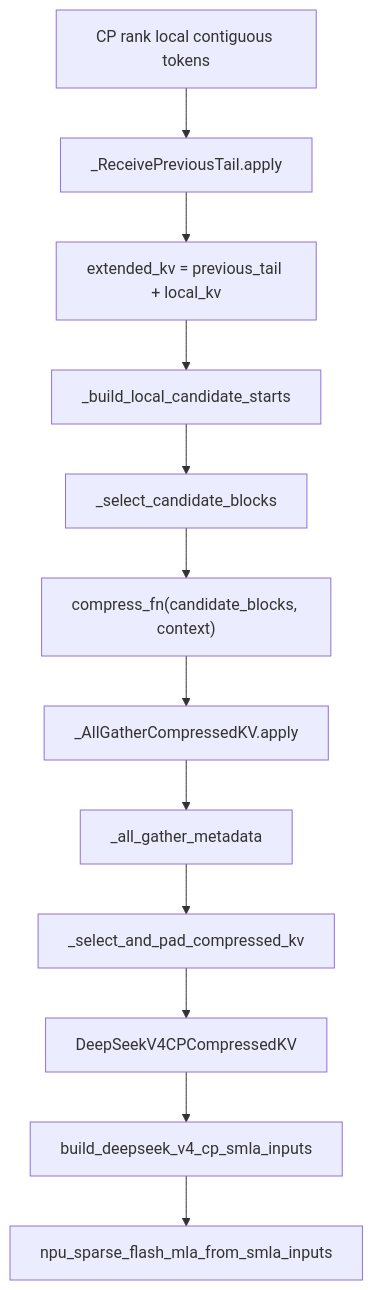
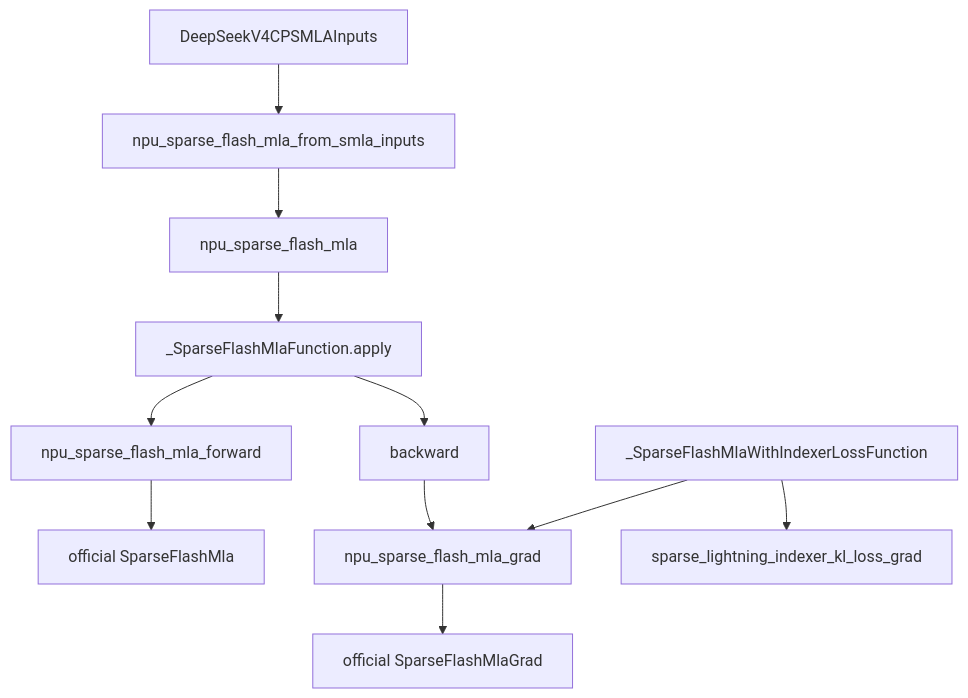
One commit to ChemLez/Megatron-Note changed the tenth of 13 diagrams in features/context_parallel/chapter-03-mindspeed-deepseek-v4-context-parallel.md. Above: the diagram before and after it, drawn with Mermaid. The commit also changed other lines of this file and 1 other file, not shown here.

Commit message:
docs: refresh DeepSeek V4 CP archive note

````diff
--- a/features/context_parallel/chapter-03-mindspeed-deepseek-v4-context-parallel.md
+++ b/features/context_parallel/chapter-03-mindspeed-deepseek-v4-context-parallel.md
@@ -1222,14 +1005,13 @@
 ```mermaid
 flowchart TD
-    A["CP rank local contiguous tokens"] --> B["_ReceivePreviousTail.apply"]
-    B --> C["extended_kv = previous_tail + local_kv"]
-    C --> D["_build_local_candidate_starts"]
-    D --> E["_select_candidate_blocks"]
-    E --> F["compress_fn(candidate_blocks, context)"]
-    F --> G["_AllGatherCompressedKV.apply"]
-    G --> H["_all_gather_metadata"]
-    H --> I["_select_and_pad_compressed_kv"]
-    I --> J["DeepSeekV4CPCompressedKV"]
-    J --> K["build_deepseek_v4_cp_smla_inputs"]
-    K --> L["npu_sparse_flash_mla_from_smla_inputs"]
+    A["DeepSeekV4CPSMLAInputs"] --> B["npu_sparse_flash_mla_from_smla_inputs"]
+    B --> C["npu_sparse_flash_mla"]
+    C --> D["_SparseFlashMlaFunction.apply"]
+    D --> E["npu_sparse_flash_mla_forward"]
+    E --> F["official SparseFlashMla"]
+    D --> G["backward"]
+    G --> H["npu_sparse_flash_mla_grad"]
+    H --> I["official SparseFlashMlaGrad"]
+    J["_SparseFlashMlaWithIndexerLossFunction"] --> H
+    J --> K["sparse_lightning_indexer_kl_loss_grad"]
 ```
````
